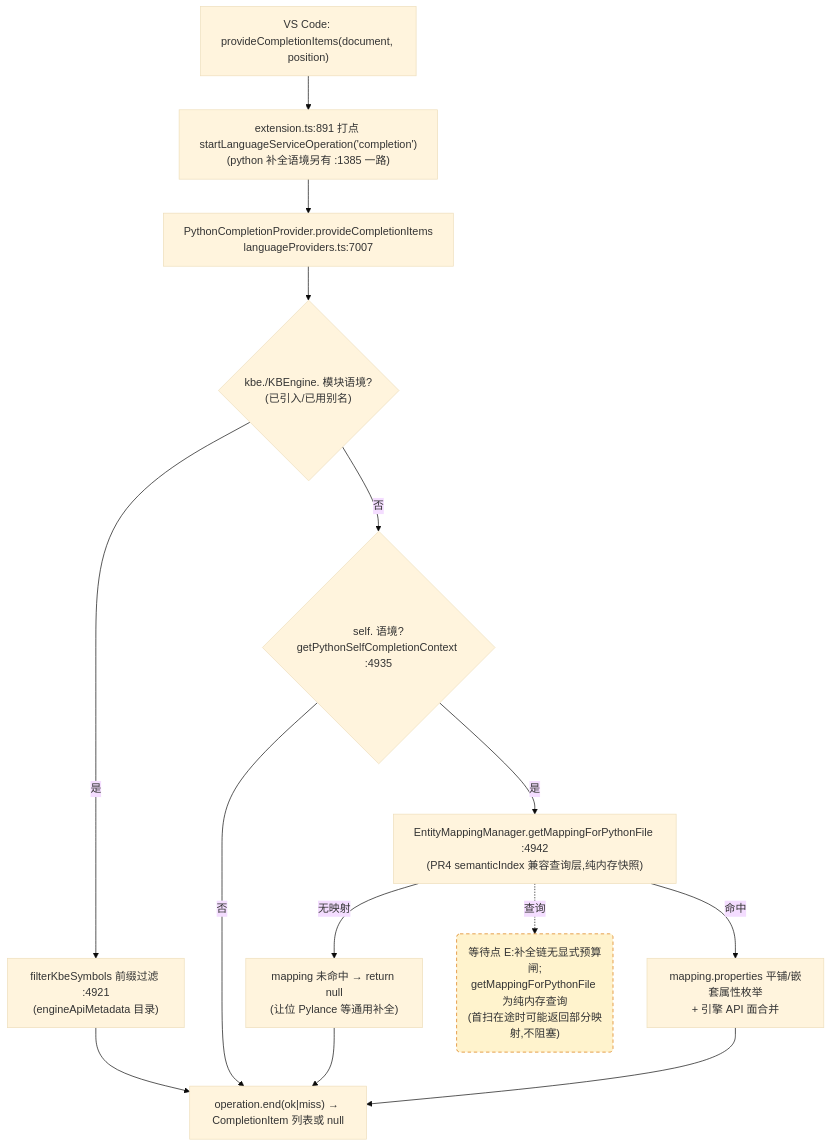
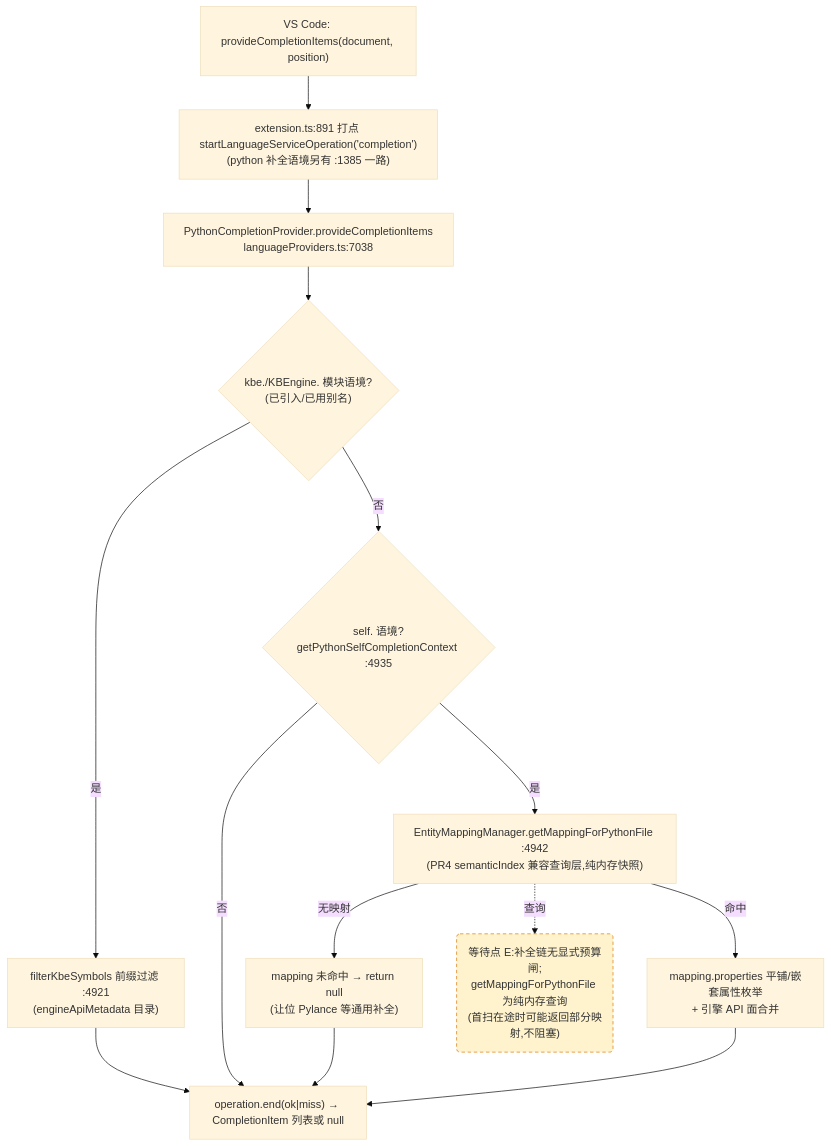
The third of 4 diagrams in docs/perf/2026-baseline.md (cuihairu/kode), drawn with Mermaid (base theme) before and after one commit. The commit also changed 11 other files, not shown here.

````diff
--- a/docs/perf/2026-baseline.md
+++ b/docs/perf/2026-baseline.md
@@ -184,27 +184,27 @@
 ```mermaid
 flowchart TD
   VC3["VS Code: provideCompletionItems(document, position)"]
   M3["extension.ts:891 打点 startLanguageServiceOperation('completion')<br/>(python 补全语境另有 :1385 一路)"]
-  CP["PythonCompletionProvider.provideCompletionItems<br/>languageProviders.ts:7007"]
+  CP["PythonCompletionProvider.provideCompletionItems<br/>languageProviders.ts:7038"]
   KBEC{"kbe./KBEngine. 模块语境?<br/>(已引入/已用别名)"}
   FILTER["filterKbeSymbols 前缀过滤 :4921<br/>(engineApiMetadata 目录)"]
   SELFC{"self. 语境?<br/>getPythonSelfCompletionContext :4935"}
   MAP["EntityMappingManager.getMappingForPythonFile :4942<br/>(PR4 semanticIndex 兼容查询层,纯内存快照)"]
   NOMAP["mapping 未命中 → return null<br/>(让位 Pylance 等通用补全)"]
   PROPS["mapping.properties 平铺/嵌套属性枚举<br/>+ 引擎 API 面合并"]
   END3["operation.end(ok|miss) → CompletionItem 列表或 null"]
 
   VC3 --> M3 --> CP --> KBEC
   KBEC -- "是" --> FILTER --> END3
   KBEC -- "否" --> SELFC
   SELFC -- "否" --> END3
   SELFC -- "是" --> MAP
   MAP -- "无映射" --> NOMAP --> END3
   MAP -- "命中" --> PROPS --> END3
 
   WAITE("等待点 E:补全链无显式预算闸;<br/>getMappingForPythonFile 为纯内存查询<br/>(首扫在途时可能返回部分映射,不阻塞)")
   MAP -.->|查询| WAITE
 
   classDef waitPoint fill:#fff3cd,stroke:#d97706,stroke-dasharray:5 4;
   class WAITE waitPoint;
 ```
````
